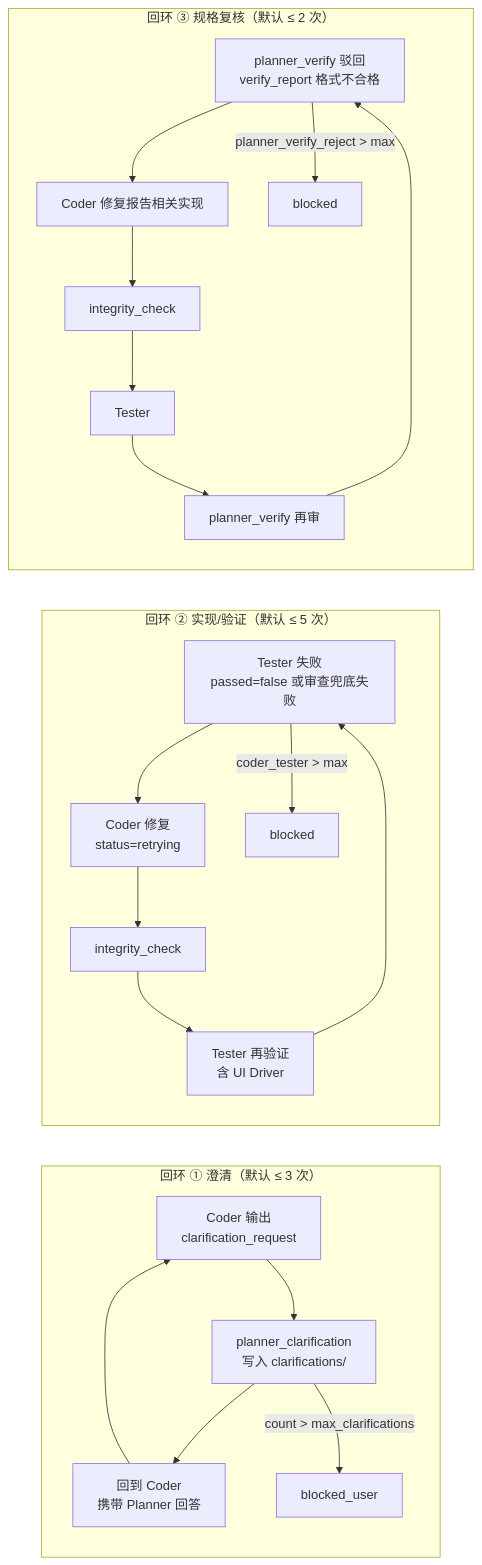
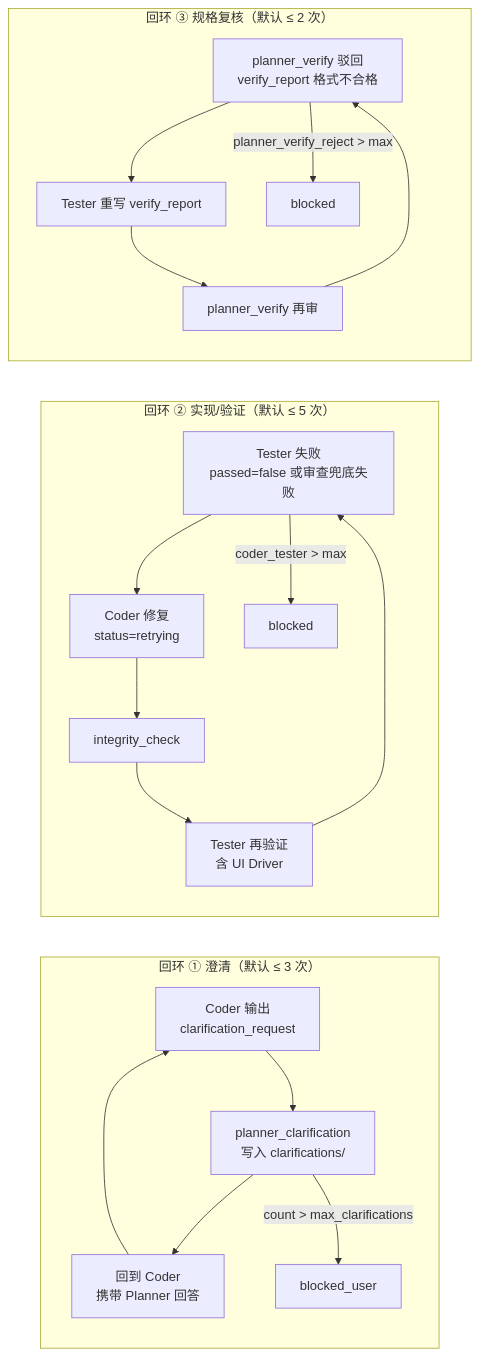
The second of 4 diagrams in README.md (ai-poet/spec-forge), drawn with Mermaid before and after one commit. The commit also changed other lines of this file and 13 other files, not shown here.

First line of the commit message:
feat: update verify report handling and enhance UI components for review mode

````diff
--- a/README.md
+++ b/README.md
@@ -157,29 +157,27 @@
 ```mermaid
 flowchart LR
   subgraph loop1 ["回环 ① 澄清（默认 ≤ 3 次）"]
     direction TB
     c1["Coder 输出\nclarification_request"] --> pc1["planner_clarification\n写入 clarifications/"]
     pc1 --> c1b["回到 Coder\n携带 Planner 回答"]
     c1b --> c1
     pc1 -->|"count > max_clarifications"| bu1["blocked_user"]
   end
 
   subgraph loop2 ["回环 ② 实现/验证（默认 ≤ 5 次）"]
     direction TB
     t2["Tester 失败\npassed=false 或审查兜底失败"] --> c2["Coder 修复\nstatus=retrying"]
     c2 --> ic2["integrity_check"]
     ic2 --> t2b["Tester 再验证\n含 UI Driver"]
     t2b --> t2
     t2 -->|"coder_tester > max"| b2["blocked"]
   end
 
   subgraph loop3 ["回环 ③ 规格复核（默认 ≤ 2 次）"]
     direction TB
-    pv3["planner_verify 驳回\nverify_report 格式不合格"] --> c3["Coder 修复报告相关实现"]
-    c3 --> ic3["integrity_check"]
-    ic3 --> t3["Tester"]
+    pv3["planner_verify 驳回\nverify_report 格式不合格"] --> t3["Tester 重写 verify_report"]
     t3 --> pv3b["planner_verify 再审"]
     pv3b --> pv3
     pv3 -->|"planner_verify_reject > max"| b3["blocked"]
   end
 ```
````
